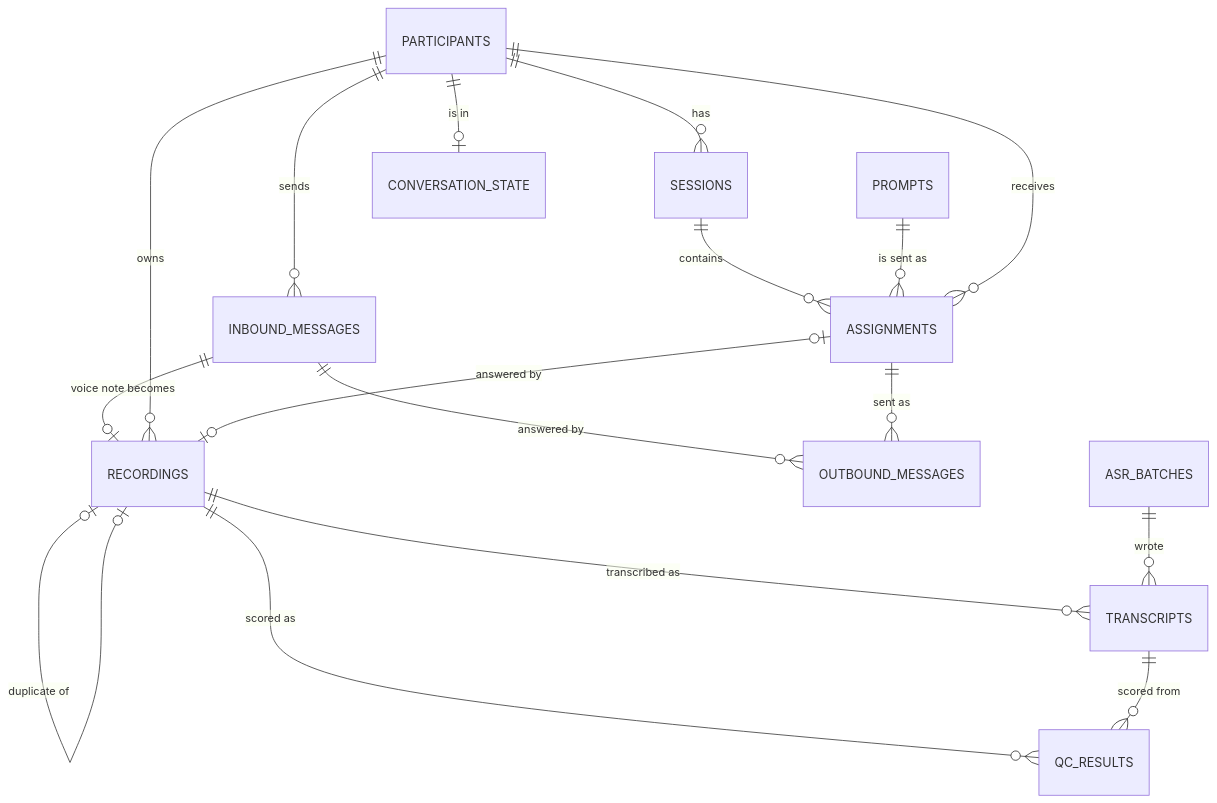
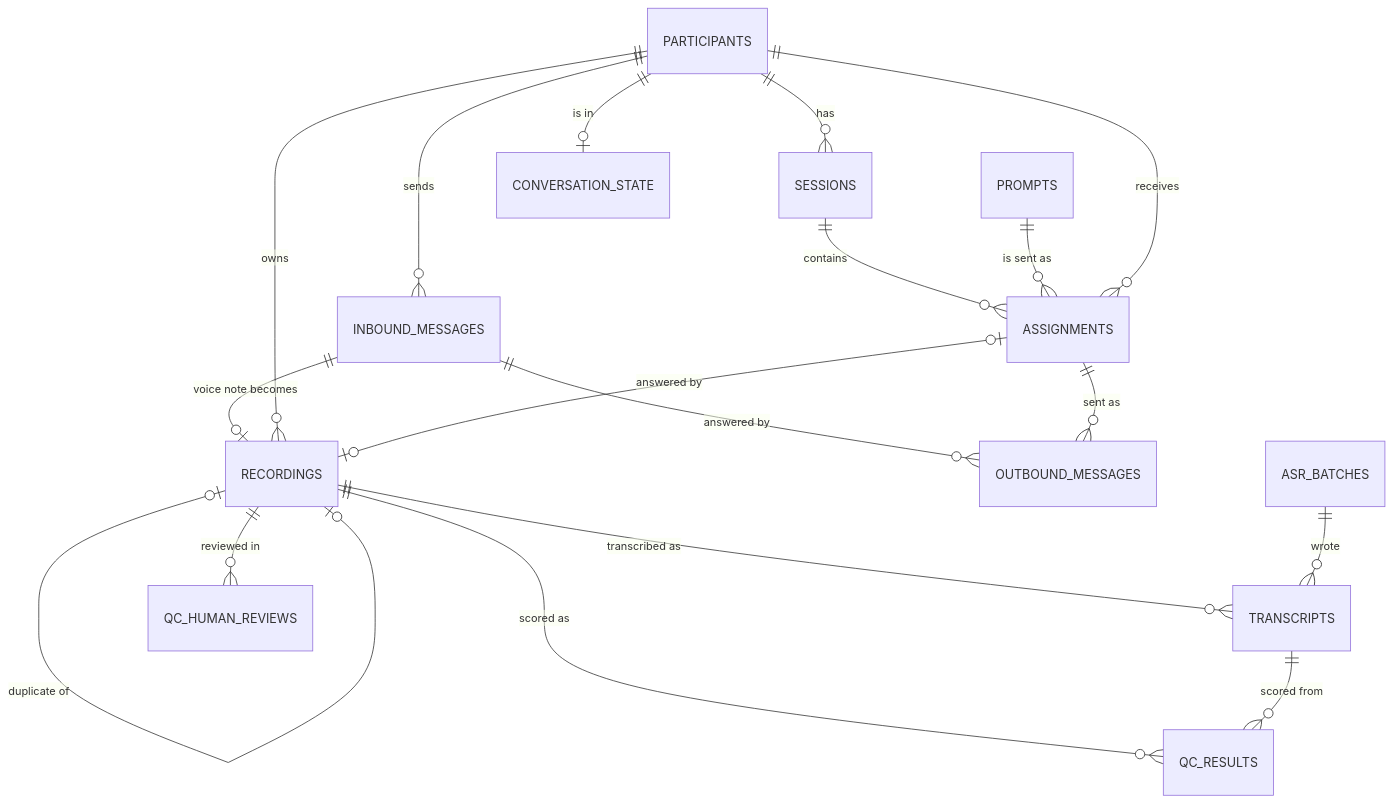
One commit to dmatekenya/whatsapp-speech-collector changed the diagram in docs/architecture/database.md. Above: the diagram before and after it, drawn with Mermaid. The commit also changed other lines of this file and 23 other files, not shown here.

````diff
--- a/docs/architecture/database.md
+++ b/docs/architecture/database.md
@@ -32,19 +33,20 @@
 ```mermaid
 erDiagram
   PARTICIPANTS ||--o{ INBOUND_MESSAGES : sends
   INBOUND_MESSAGES ||--o| RECORDINGS : "voice note becomes"
   PARTICIPANTS ||--o{ RECORDINGS : owns
   PARTICIPANTS ||--o{ SESSIONS : has
   SESSIONS ||--o{ ASSIGNMENTS : contains
   PROMPTS ||--o{ ASSIGNMENTS : "is sent as"
   PARTICIPANTS ||--o{ ASSIGNMENTS : receives
   ASSIGNMENTS |o--o| RECORDINGS : "answered by"
   RECORDINGS |o--o| RECORDINGS : "duplicate of"
   PARTICIPANTS ||--o| CONVERSATION_STATE : "is in"
   INBOUND_MESSAGES ||--o{ OUTBOUND_MESSAGES : "answered by"
   ASSIGNMENTS ||--o{ OUTBOUND_MESSAGES : "sent as"
   RECORDINGS ||--o{ TRANSCRIPTS : "transcribed as"
   ASR_BATCHES ||--o{ TRANSCRIPTS : wrote
   RECORDINGS ||--o{ QC_RESULTS : "scored as"
   TRANSCRIPTS ||--o{ QC_RESULTS : "scored from"
+  RECORDINGS ||--o{ QC_HUMAN_REVIEWS : "reviewed in"
 ```
````
